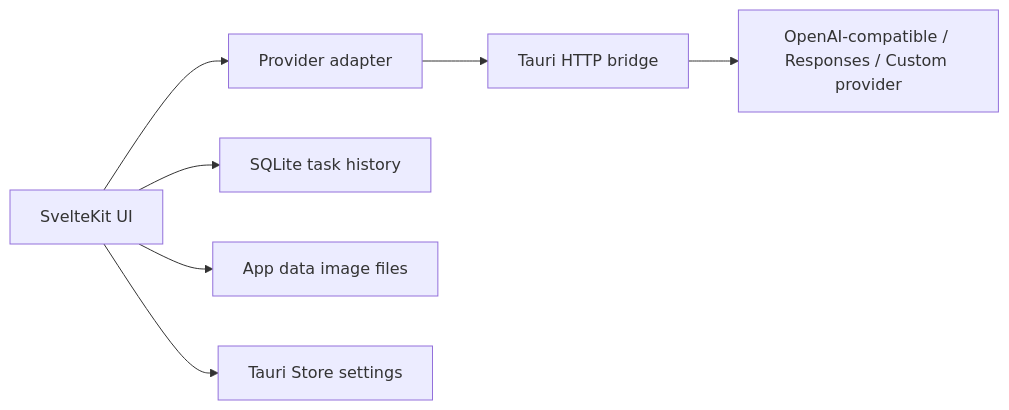
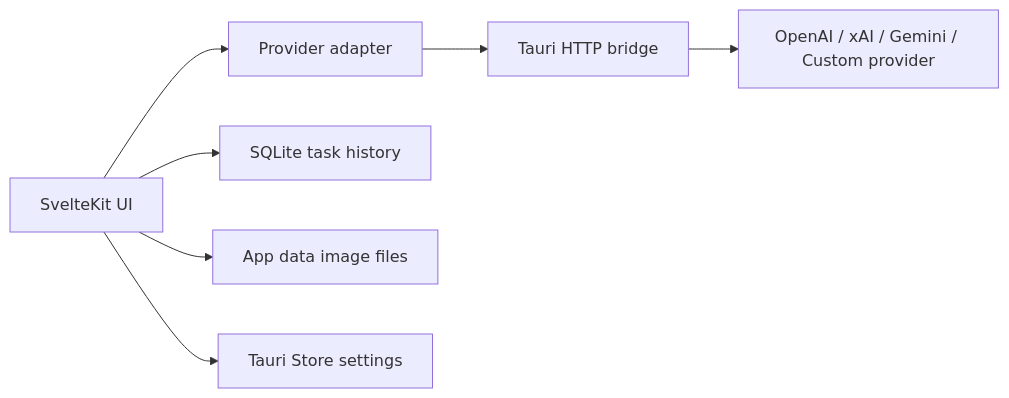
One commit to jiewenhuang/ImagePort changed the diagram in README.md. Above: the diagram before and after it, drawn with Mermaid. The commit also changed other lines of this file and 28 other files, not shown here.

````diff
--- a/README.md
+++ b/README.md
@@ -78,9 +79,9 @@
 ```mermaid
 flowchart LR
   A["SvelteKit UI"] --> B["Provider adapter"]
   B --> C["Tauri HTTP bridge"]
-  C --> D["OpenAI-compatible / Responses / Custom provider"]
+  C --> D["OpenAI / xAI / Gemini / Custom provider"]
   A --> E["SQLite task history"]
   A --> F["App data image files"]
   A --> G["Tauri Store settings"]
 ```
````
